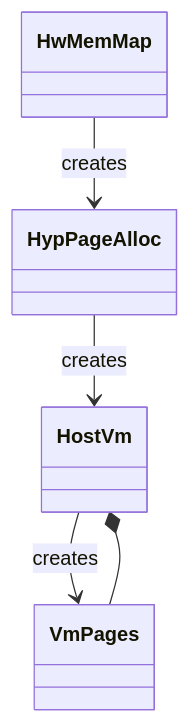
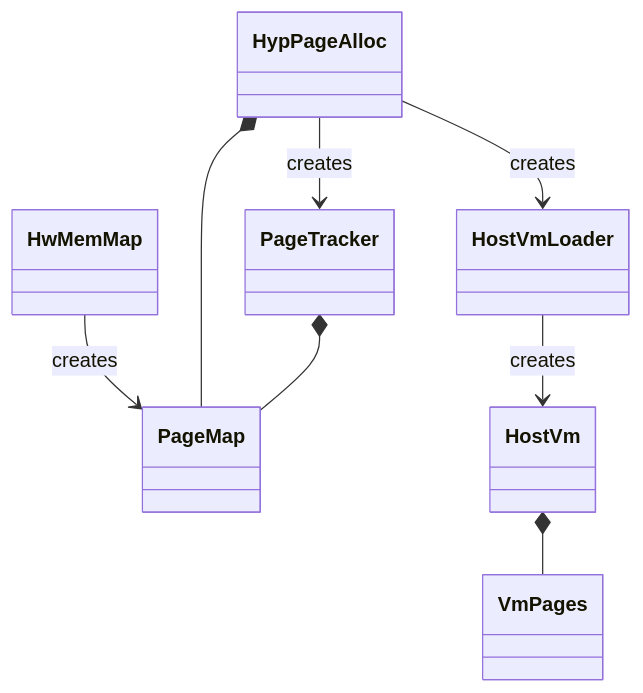
One commit to rivosinc/salus changed the first of 6 diagrams in MEMORY.md. Above: the diagram before and after it, drawn with Mermaid. The commit also changed other lines of this file and 1 other file, not shown here.

````diff
--- a/MEMORY.md
+++ b/MEMORY.md
@@ -7,15 +7,22 @@
 ```mermaid
 classDiagram
     class HwMemMap {
     }
+    class PageMap {
+    }
     class HypPageAlloc {
+    }
+    class PageTracker {
     }
     class HostVm {
     }
     class VmPages {
     }
-    HwMemMap --> HypPageAlloc : creates
-    HypPageAlloc --> HostVm : creates
-    HostVm --> VmPages : creates
+    HwMemMap --> PageMap : creates
+    HypPageAlloc *-- PageMap
+    HypPageAlloc --> HostVmLoader : creates
+    HypPageAlloc --> PageTracker : creates
+    PageTracker *-- PageMap
+    HostVmLoader --> HostVm : creates
     HostVm *-- VmPages
 ```
````
